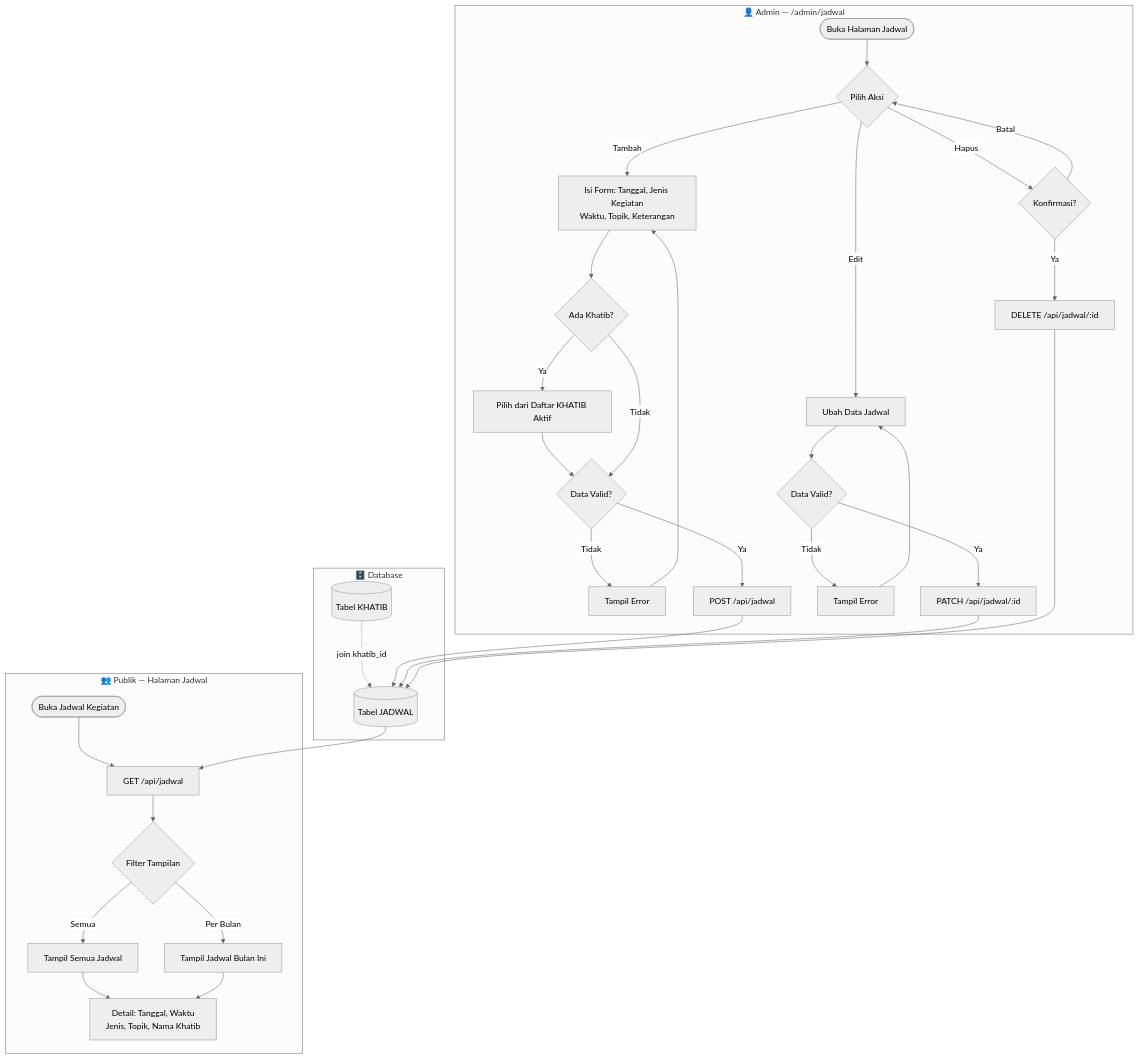
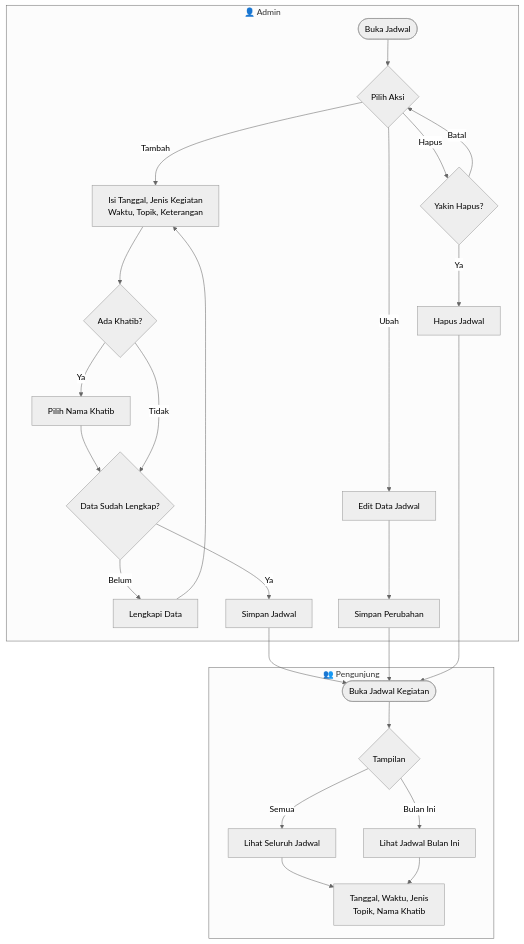
One commit to nabilhatami86/masjid-al-hidayah changed the fourth of 6 diagrams in ERD.md. Above: the diagram before and after it, drawn with Mermaid (neutral theme). The commit also changed other lines of this file, not shown here.

````diff
--- a/ERD.md
+++ b/ERD.md
@@ -274,45 +261,34 @@
 ```mermaid
 flowchart TD
-    subgraph ADMIN["👤 Admin — /admin/jadwal"]
-        A1([Buka Halaman Jadwal]) --> A2{Pilih Aksi}
+    subgraph ADMIN["👤 Admin"]
+        A1([Buka Jadwal]) --> A2{Pilih Aksi}
 
-        A2 -- Tambah --> A3[Isi Form: Tanggal, Jenis Kegiatan\nWaktu, Topik, Keterangan]
+        A2 -- Tambah --> A3[Isi Tanggal, Jenis Kegiatan\nWaktu, Topik, Keterangan]
         A3 --> A4{Ada Khatib?}
-        A4 -- Ya --> A5[Pilih dari Daftar KHATIB Aktif]
-        A5 --> A6{Data Valid?}
+        A4 -- Ya --> A5[Pilih Nama Khatib]
+        A5 --> A6{Data Sudah Lengkap?}
         A4 -- Tidak --> A6
-        A6 -- Tidak --> A7[Tampil Error]
+        A6 -- Belum --> A7[Lengkapi Data]
         A7 --> A3
-        A6 -- Ya --> A8[POST /api/jadwal]
+        A6 -- Ya --> A8[Simpan Jadwal]
 
-        A2 -- Edit --> A9[Ubah Data Jadwal]
-        A9 --> A10{Data Valid?}
-        A10 -- Tidak --> A11[Tampil Error]
-        A11 --> A9
-        A10 -- Ya --> A12[PATCH /api/jadwal/:id]
+        A2 -- Ubah --> A9[Edit Data Jadwal]
+        A9 --> A10[Simpan Perubahan]
 
-        A2 -- Hapus --> A13{Konfirmasi?}
-        A13 -- Batal --> A2
-        A13 -- Ya --> A14[DELETE /api/jadwal/:id]
+        A2 -- Hapus --> A11{Yakin Hapus?}
+        A11 -- Batal --> A2
+        A11 -- Ya --> A12[Hapus Jadwal]
     end
 
-    subgraph DB["🗄️ Database"]
-        D1[(Tabel JADWAL)]
-        D2[(Tabel KHATIB)]
-        D2 -. join khatib_id .-> D1
+    subgraph PUBLIK["👥 Pengunjung"]
+        P1([Buka Jadwal Kegiatan]) --> P2{Tampilan}
+        P2 -- Semua --> P3[Lihat Seluruh Jadwal]
+        P2 -- Bulan Ini --> P4[Lihat Jadwal Bulan Ini]
+        P3 --> P5[Tanggal, Waktu, Jenis\nTopik, Nama Khatib]
+        P4 --> P5
     end
 
-    subgraph PUBLIK["👥 Publik — Halaman Jadwal"]
-        P1([Buka Jadwal Kegiatan]) --> P2[GET /api/jadwal]
-        P2 --> P3{Filter Tampilan}
-        P3 -- Semua --> P4[Tampil Semua Jadwal]
-        P3 -- Per Bulan --> P5[Tampil Jadwal Bulan Ini]
-        P4 --> P6[Detail: Tanggal, Waktu\nJenis, Topik, Nama Khatib]
-        P5 --> P6
-    end
-
-    A8 --> D1
-    A12 --> D1
-    A14 --> D1
-    D1 --> P2
+    A8 --> P1
+    A10 --> P1
+    A12 --> P1
 ```
````
